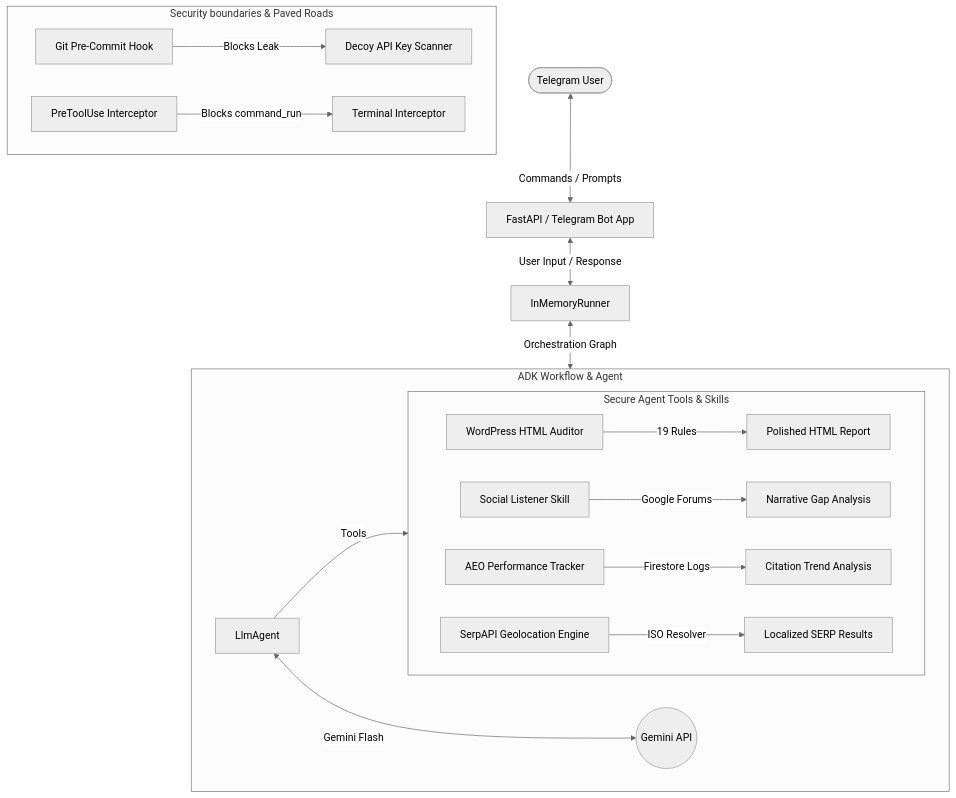
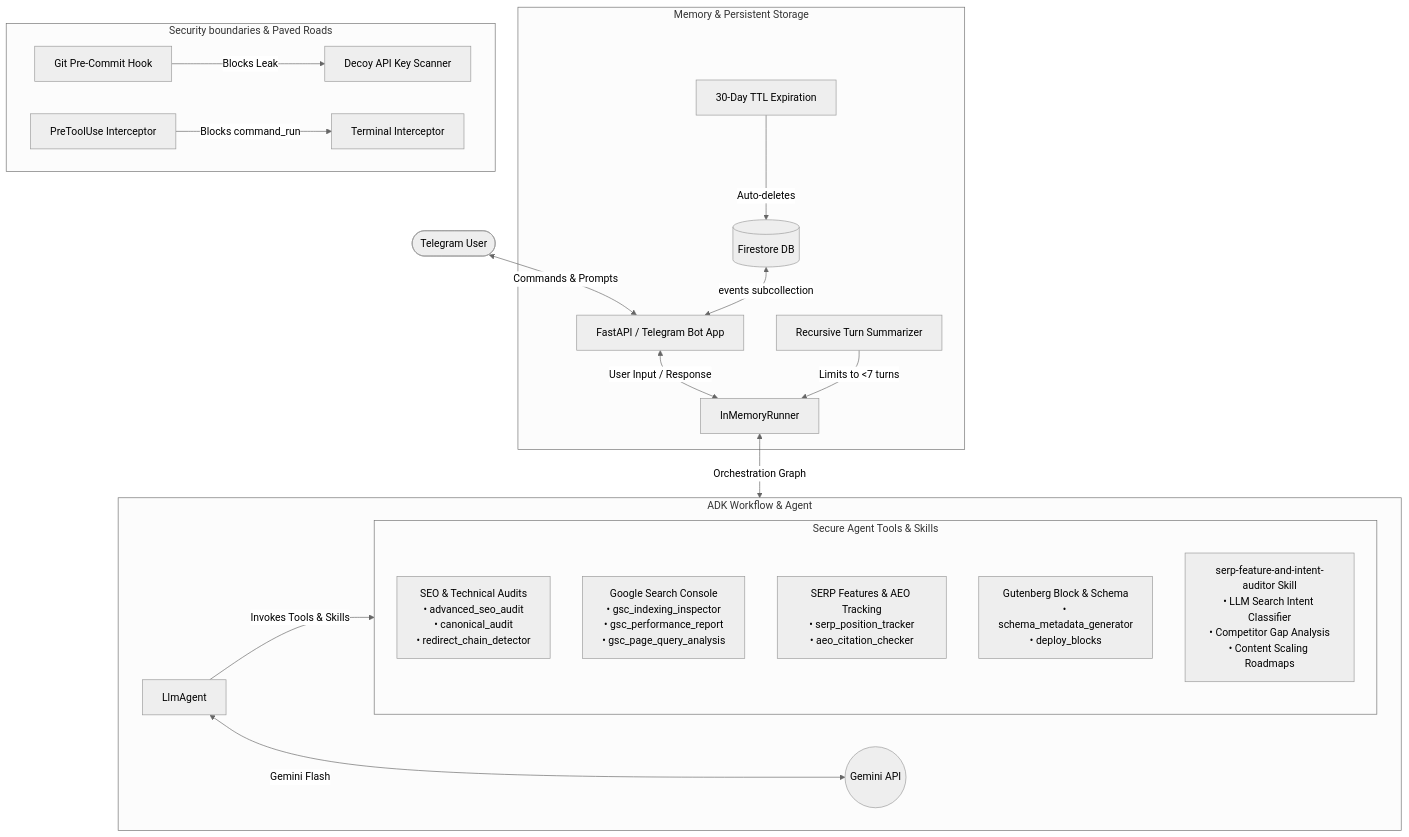
The diagram in README.md (cephasoo/adk-aeo-20), drawn with Mermaid (neutral theme) before and after one commit. The commit also changed other lines of this file, not shown here.

Commit message:
docs: rewrite README.md to describe all new tools, recursive summarizer, event subcollection, and custom skill

````diff
--- a/README.md
+++ b/README.md
@@ -12,23 +12,31 @@
 ```mermaid
 graph TD
-    User([Telegram User]) <-->|Commands / Prompts| TelegramBot[FastAPI / Telegram Bot App]
+    User([Telegram User]) <-->|Commands & Prompts| TelegramBot[FastAPI / Telegram Bot App]
     TelegramBot <-->|User Input / Response| ADKRunner[InMemoryRunner]
     ADKRunner <-->|Orchestration Graph| ADKWorkflow[ADK Workflow Engine]
 
+    subgraph MemoryPersistence [Memory & Persistent Storage]
+        Firestore[(Firestore DB)] <-->|events subcollection| TelegramBot
+        TTLPolicy[30-Day TTL Expiration] -->|Auto-deletes| Firestore
+        Pruner[Recursive Turn Summarizer] -->|Limits to <7 turns| ADKRunner
+    end
+
     subgraph ADKWorkflow [ADK Workflow & Agent]
         LlmAgent[LlmAgent] <-->|Gemini Flash| LLM((Gemini API))
-        LlmAgent -->|Tools| CustomTools[Secure Agent Tools]
+        LlmAgent -->|Invokes Tools & Skills| CustomTools[Secure Agent Tools & Skills]
     end
 
     subgraph CustomTools [Secure Agent Tools & Skills]
-        Audit[WordPress HTML Auditor] -->|19 Rules| Report[Polished HTML Report]
-        Social[Social Listener Skill] -->|Google Forums| Gaps[Narrative Gap Analysis]
-        Tracker[AEO Performance Tracker] -->|Firestore Logs| Trends[Citation Trend Analysis]
-        Serp[SerpAPI Geolocation Engine] -->|ISO Resolver| LocalSearch[Localized SERP Results]
+        direction TB
+        Audits[SEO & Technical Audits<br>• advanced_seo_audit<br>• canonical_audit<br>• redirect_chain_detector]
+        Console[Google Search Console<br>• gsc_indexing_inspector<br>• gsc_performance_report<br>• gsc_page_query_analysis]
+        Visibility[SERP Features & AEO Tracking<br>• serp_position_tracker<br>• aeo_citation_checker]
+        WPIntegrations[Gutenberg Block & Schema<br>• schema_metadata_generator<br>• deploy_blocks]
+        CustomSkill[serp-feature-and-intent-auditor Skill<br>• LLM Search Intent Classifier<br>• Competitor Gap Analysis<br>• Content Scaling Roadmaps]
     end
 
     subgraph SecurityGating [Security boundaries & Paved Roads]
         Semgrep[Git Pre-Commit Hook] -->|Blocks Leak| DecoyKeys[Decoy API Key Scanner]
         IDEHook[PreToolUse Interceptor] -->|Blocks command_run| ShellValidation[Terminal Interceptor]
     end
 ```
````
